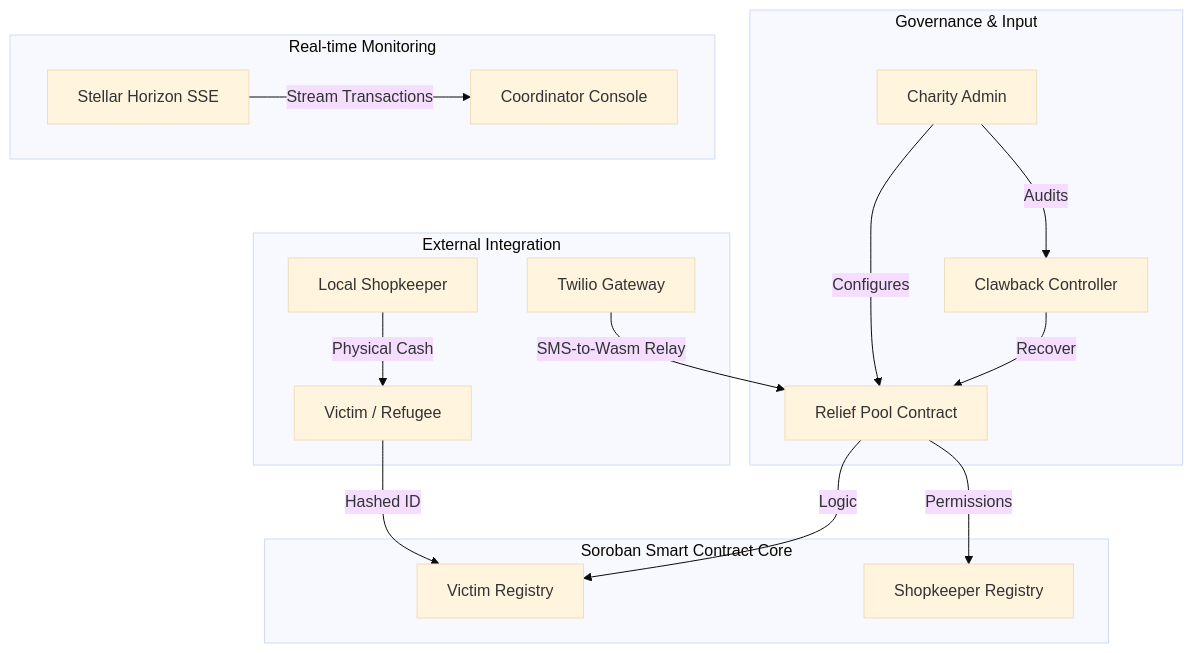
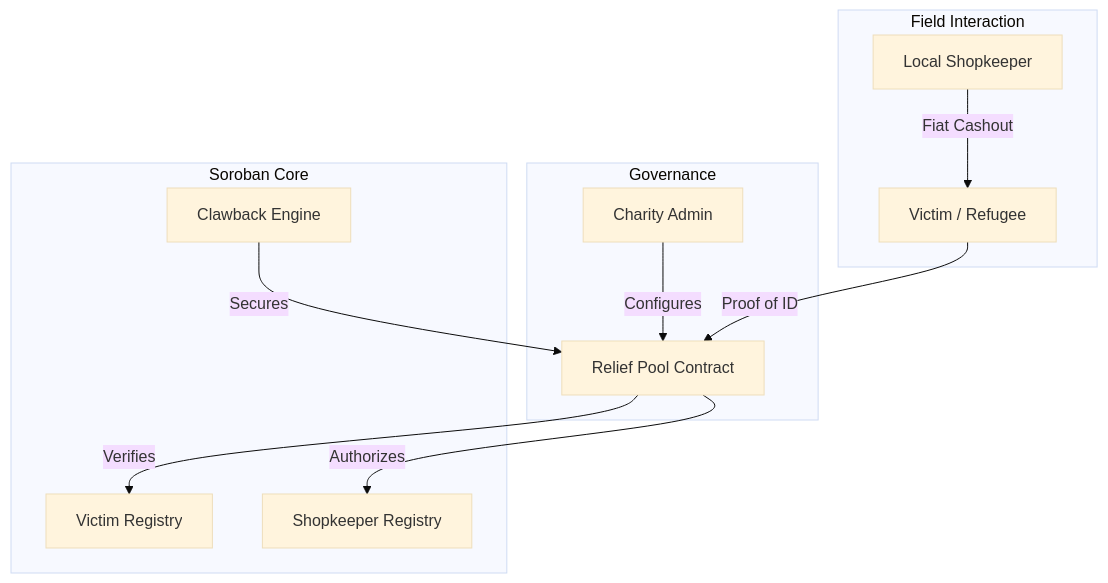
One commit to shashank121-arch/reliefmesh changed the diagram in README.md. Above: the diagram before and after it, drawn with Mermaid (base theme). The commit also changed other lines of this file and 10 other files, not shown here.

````diff
--- a/README.md
+++ b/README.md
@@ -37,30 +39,20 @@
 ```mermaid
 graph TD
-    subgraph "Governance & Input"
+    subgraph "Governance"
         Admin[Charity Admin]
         Admin -- Configures --> Pool[Relief Pool Contract]
-        Admin -- Audits --> Clawback[Clawback Controller]
     end
 
-    subgraph "Soroban Smart Contract Core"
-        Pool -- Logic --> Registry[Victim Registry]
-        Pool -- Permissions --> Shopkeepers[Shopkeeper Registry]
-        Clawback -- Recover --> Pool
+    subgraph "Soroban Core"
+        Pool -- Verifies --> Registry[Victim Registry]
+        Pool -- Authorizes --> Shopkeepers[Shopkeeper Registry]
+        Clawback[Clawback Engine] -- Secures --> Pool
     end
 
-    subgraph "External Integration"
+    subgraph "Field Interaction"
         Victim[Victim / Refugee]
         Partner[Local Shopkeeper]
-        SMS[Twilio Gateway]
-        
-        Victim -- Hashed ID --> Registry
-        SMS -- SMS-to-Wasm Relay --> Pool
-        Partner -- Physical Cash --> Victim
-    end
-
-    subgraph "Real-time Monitoring"
-        Horizon[Stellar Horizon SSE]
-        Dashboard[Coordinator Console]
-        Horizon -- Stream Transactions --> Dashboard
+        Victim -- Proof of ID --> Pool
+        Partner -- Fiat Cashout --> Victim
     end
 ```
````
